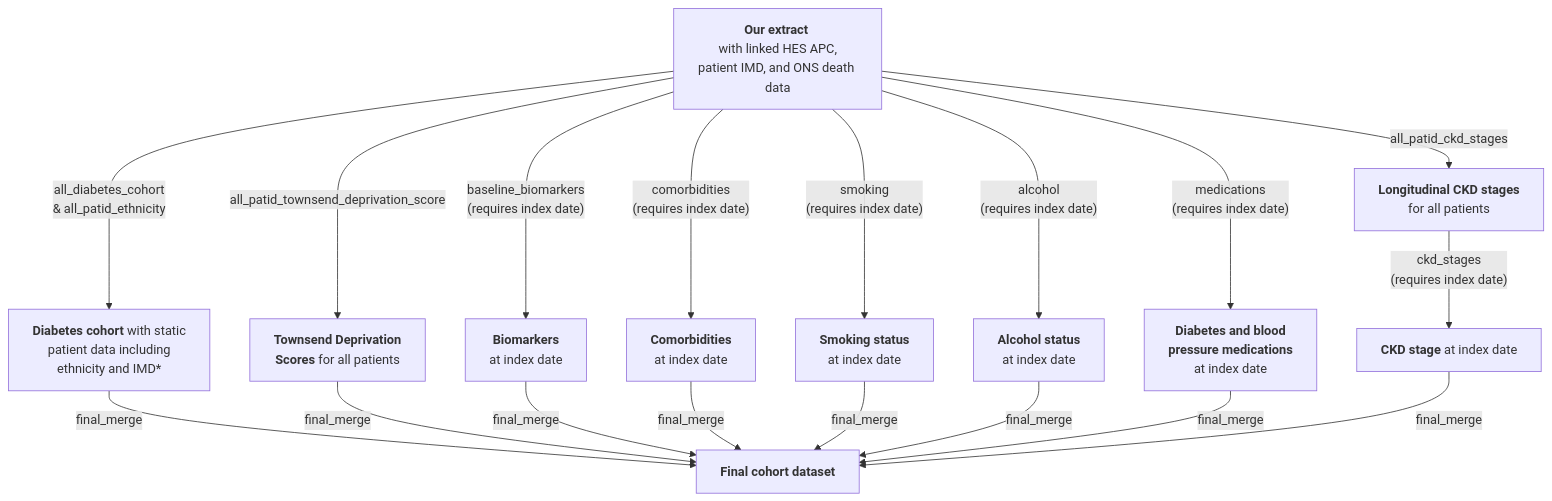
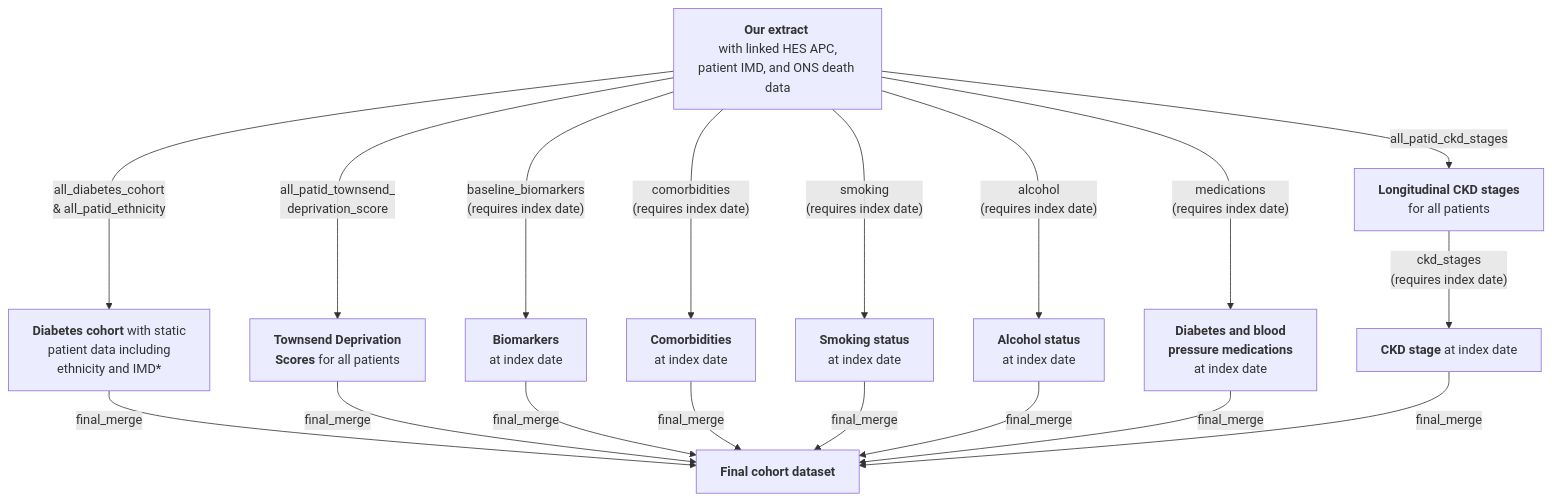
Before and after one commit to Exeter-Diabetes/CPRD-Cohort-scripts: the diagram in 02-Prevalent/README.md, drawn with Mermaid.

````diff
--- a/02-Prevalent/README.md
+++ b/02-Prevalent/README.md
@@ -11,20 +11,20 @@
 ```mermaid
 graph TD;
     A["<b>Our extract</b> <br> with linked HES APC, patient IMD, and ONS death data"] --> |"all_diabetes_cohort <br> & all_patid_ethnicity"|B["<b>Diabetes cohort</b> with static <br> patient data including <br> ethnicity and IMD*"]
     A-->|"all_patid_ckd_stages"|C["<b>Longitudinal CKD stages</b> <br> for all patients"]
-    A-->|"all_patid_townsend_deprivation_score"|D["<b>Townsend Deprivation <br> Scores</b> for all patients"]
+    A-->|"all_patid_townsend_ <br> deprivation_score"|D["<b>Townsend Deprivation <br> Scores</b> for all patients"]
     A-->|"baseline_biomarkers <br> (requires index date)"|E["<b>Biomarkers</b> <br> at index date"]
     A-->|"comorbidities <br> (requires index date)"|F["<b>Comorbidities</b> <br> at index date"]
     A-->|"smoking <br> (requires index date)"|G["<b>Smoking status</b> <br> at index date"]
     A-->|"alcohol <br> (requires index date)"|H["<b>Alcohol status</b> <br> at index date"]
     A-->|"medications <br> (requires index date)"|K["<b>Diabetes and blood <br> pressure medications</b> <br> at index date"]
     C-->|"ckd_stages <br> (requires index date)"|I["<b>CKD stage</b <br> at index date"]
     B-->|"final_merge"|J["<b>Final cohort dataset</b>"]
     D-->|"final_merge"|J
     E-->|"final_merge"|J
     F-->|"final_merge"|J
     G-->|"final_merge"|J
     H-->|"final_merge"|J
     K-->|"final_merge"|J
     I-->|"final_merge"|J    
 ```
````
